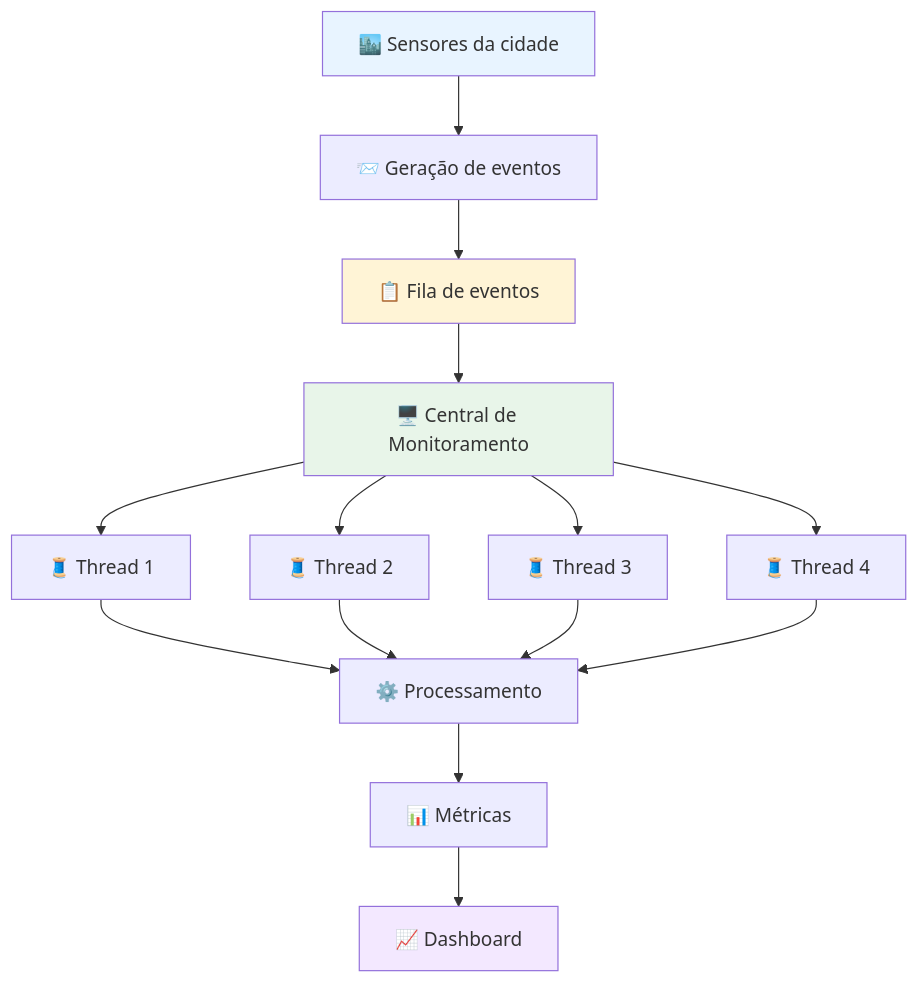
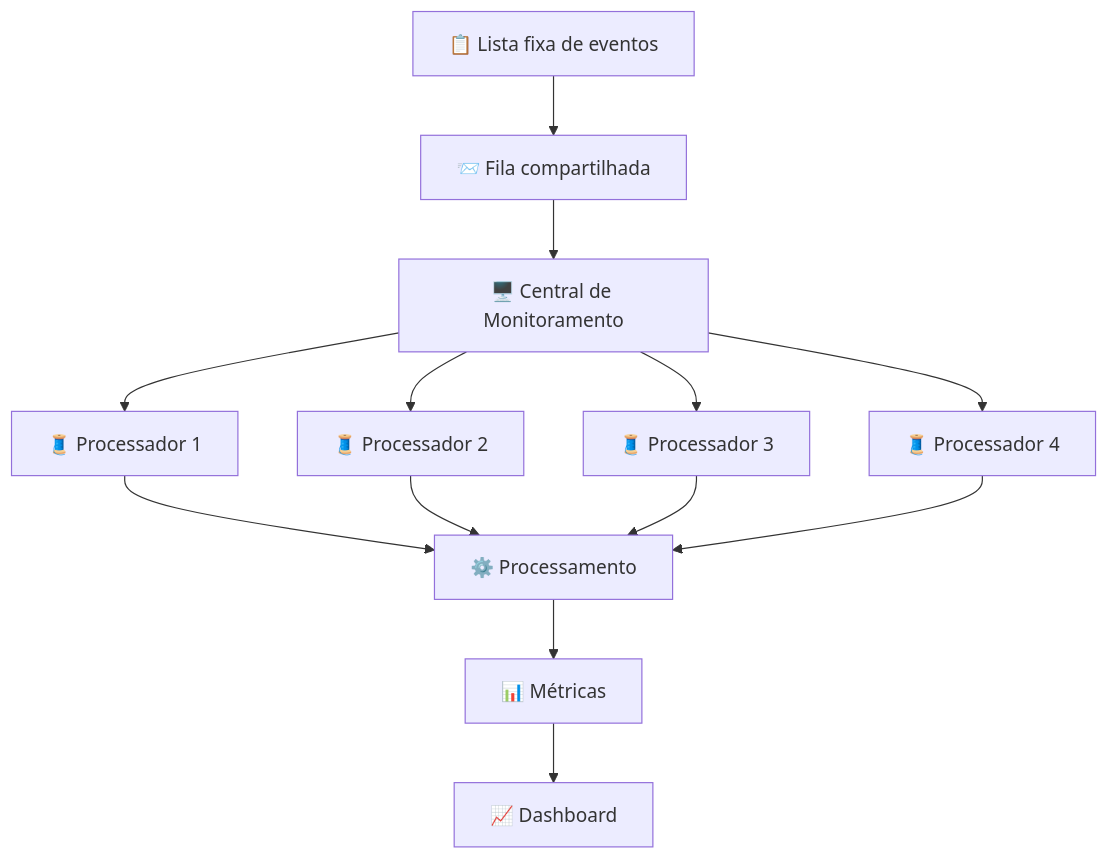
The diagram in README.md (InatelCodes/Smart-City-Monitor), drawn with Mermaid before and after one commit. The commit also changed other lines of this file, not shown here.

````diff
--- a/README.md
+++ b/README.md
@@ -42,26 +49,18 @@
 ```mermaid
 flowchart TD
-    A["🏙️ Sensores da cidade"] --> B["📨 Geração de eventos"]
+    A["📋 Lista fixa de eventos"] --> B["📨 Fila compartilhada"]
+    B --> C["🖥️ Central de Monitoramento"]
 
-    B --> C["📋 Fila de eventos"]
-
-    C --> D["🖥️ Central de Monitoramento"]
-
-    D --> E1["🧵 Thread 1"]
-    D --> E2["🧵 Thread 2"]
-    D --> E3["🧵 Thread 3"]
-    D --> E4["🧵 Thread 4"]
+    C --> E1["🧵 Processador 1"]
+    C --> E2["🧵 Processador 2"]
+    C --> E3["🧵 Processador 3"]
+    C --> E4["🧵 Processador 4"]
 
     E1 --> F["⚙️ Processamento"]
     E2 --> F
     E3 --> F
     E4 --> F
 
     F --> G["📊 Métricas"]
     G --> H["📈 Dashboard"]
-
-    style A fill:#e8f4ff
-    style C fill:#fff4d6
-    style D fill:#e8f5e9
-    style H fill:#f3e8ff
 ```
````
